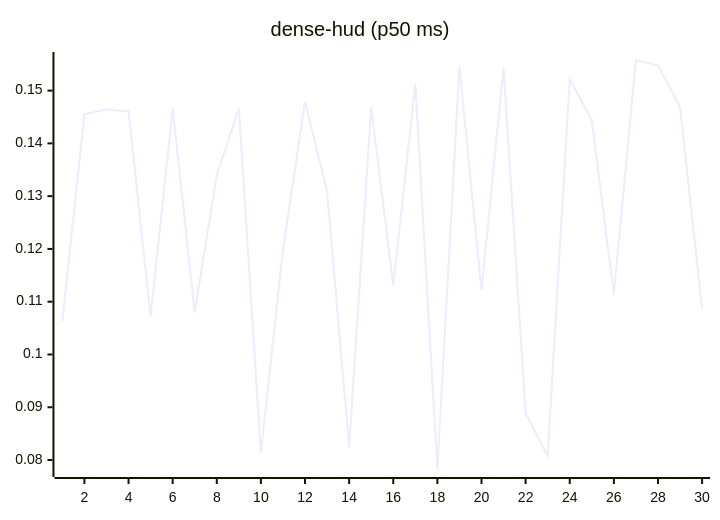
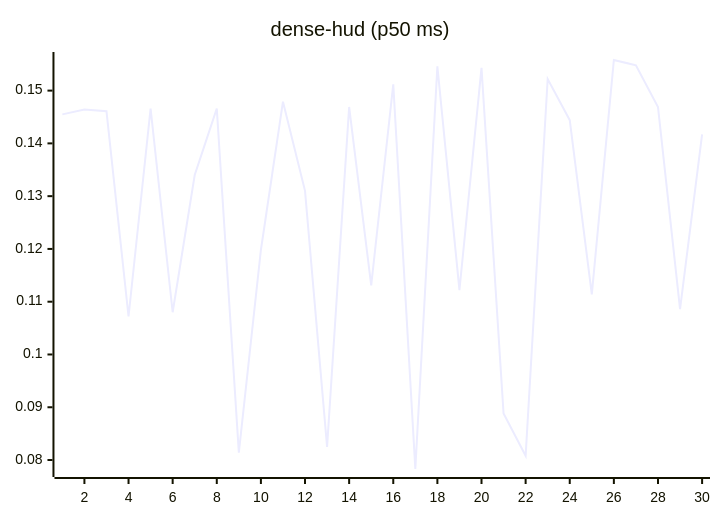
Before and after one commit to josha/Facet: the eighth of 27 diagrams in README.md, drawn with Mermaid. The commit also changed other lines of this file and 2 other files, not shown here.

````diff
--- a/README.md
+++ b/README.md
@@ -112,6 +112,6 @@
 ```mermaid
 xychart-beta
     title "dense-hud (p50 ms)"
     x-axis 1 --> 30
-    line [0.1063, 0.1455, 0.1464, 0.1461, 0.1072, 0.1466, 0.1080, 0.1340, 0.1466, 0.0814, 0.1198, 0.1479, 0.1310, 0.0825, 0.1469, 0.1131, 0.1512, 0.0783, 0.1546, 0.1122, 0.1543, 0.0888, 0.0808, 0.1522, 0.1444, 0.1114, 0.1558, 0.1548, 0.1469, 0.1086]
+    line [0.1455, 0.1464, 0.1461, 0.1072, 0.1466, 0.1080, 0.1340, 0.1466, 0.0814, 0.1198, 0.1479, 0.1310, 0.0825, 0.1469, 0.1131, 0.1512, 0.0783, 0.1546, 0.1122, 0.1543, 0.0888, 0.0808, 0.1522, 0.1444, 0.1114, 0.1558, 0.1548, 0.1469, 0.1086, 0.1417]
 ```
````
